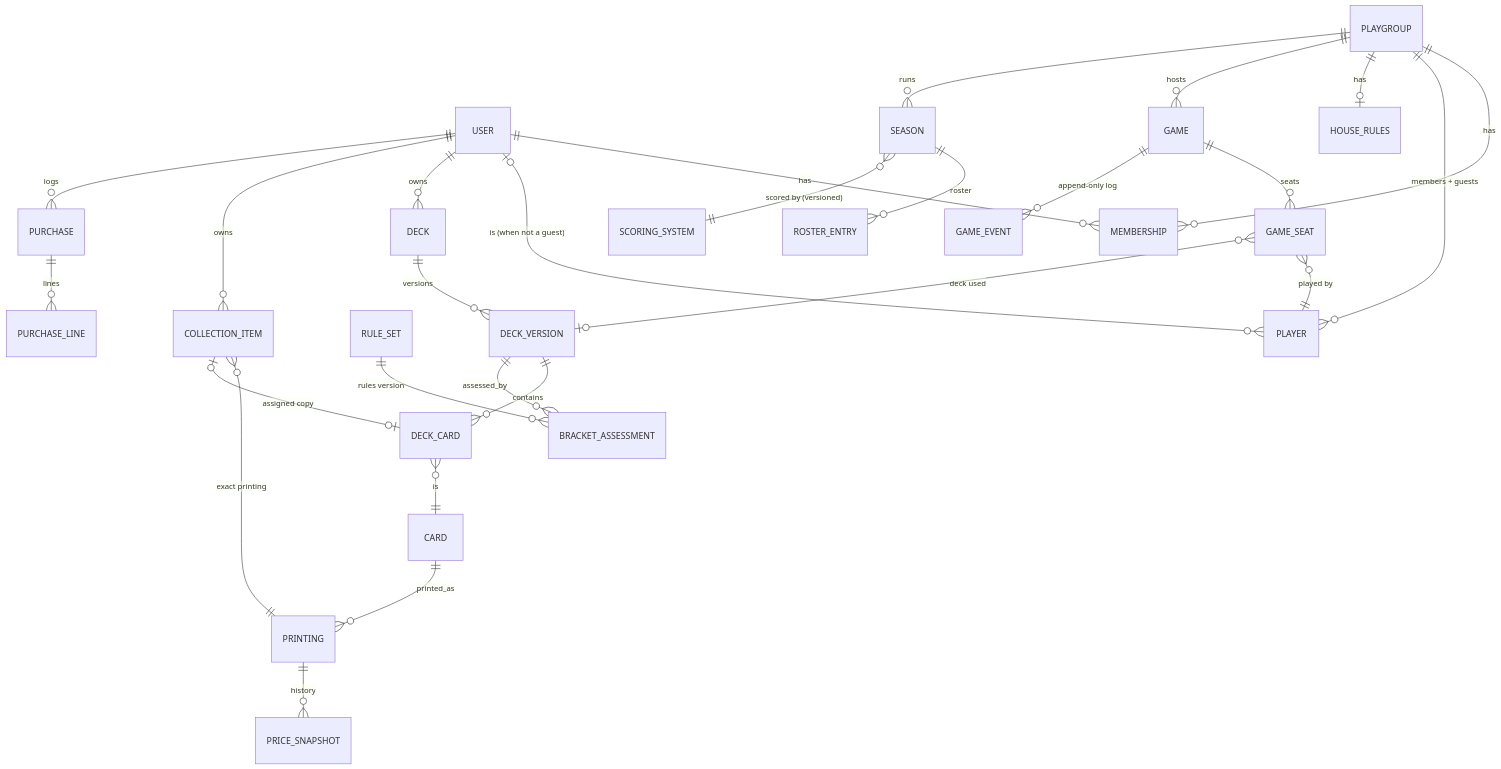
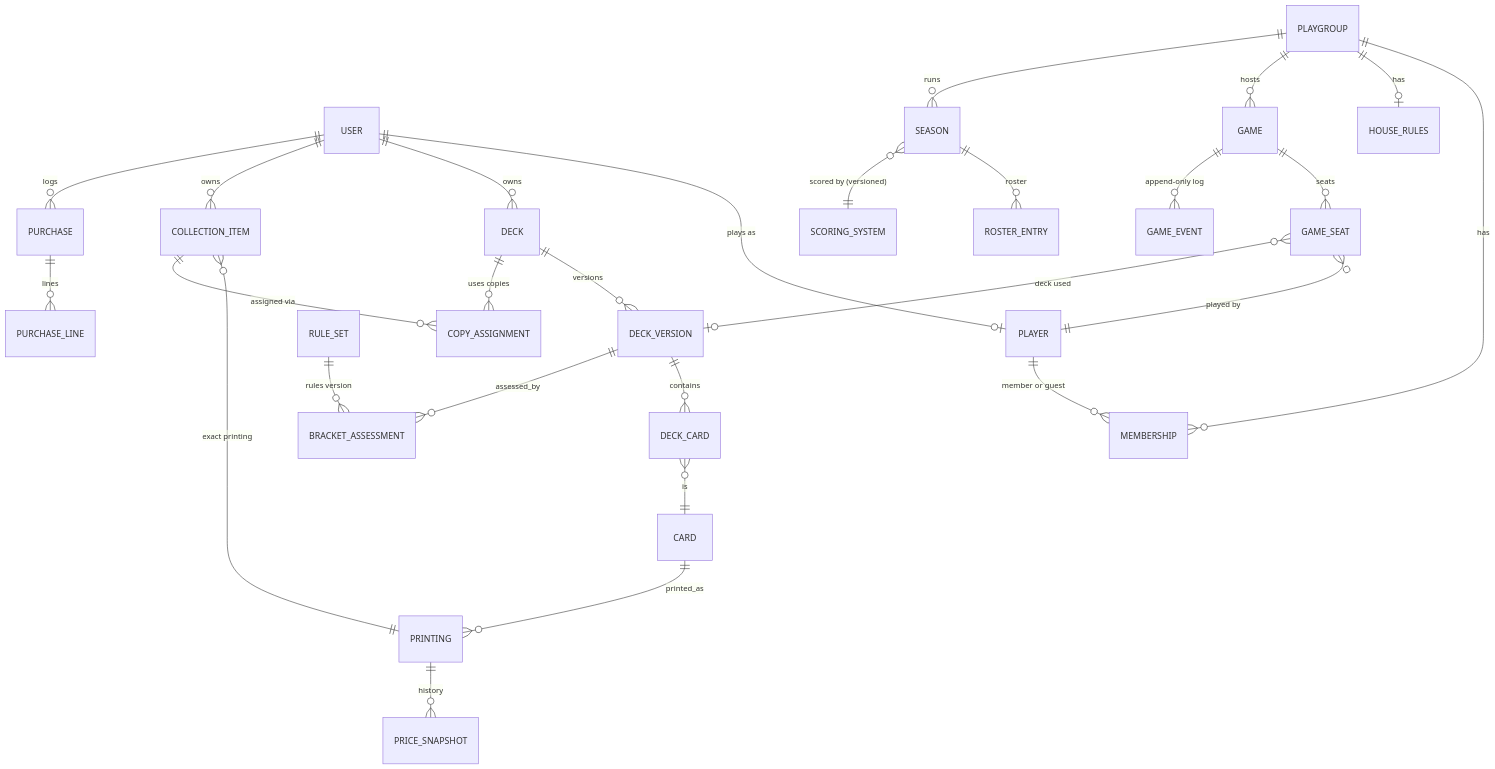
The fifth of 5 diagrams in docs/architecture.md (Rocket-Racoon/mtg-stats), drawn with Mermaid before and after one commit. The commit also changed other lines of this file and 11 other files, not shown here.

````diff
--- a/docs/architecture.md
+++ b/docs/architecture.md
@@ -220,29 +314,29 @@
 ```mermaid
 erDiagram
-  USER ||--o{ MEMBERSHIP : has
+  USER ||--o| PLAYER : "plays as"
+  PLAYER ||--o{ MEMBERSHIP : "member or guest"
   PLAYGROUP ||--o{ MEMBERSHIP : has
-  PLAYGROUP ||--o{ PLAYER : "members + guests"
-  USER |o--o{ PLAYER : "is (when not a guest)"
   PLAYGROUP ||--o| HOUSE_RULES : has
   USER ||--o{ DECK : owns
   DECK ||--o{ DECK_VERSION : versions
   DECK_VERSION ||--o{ DECK_CARD : contains
   CARD ||--o{ PRINTING : printed_as
   DECK_CARD }o--|| CARD : "is"
   DECK_VERSION ||--o{ BRACKET_ASSESSMENT : assessed_by
   RULE_SET ||--o{ BRACKET_ASSESSMENT : "rules version"
   PLAYGROUP ||--o{ GAME : hosts
   GAME ||--o{ GAME_SEAT : seats
   GAME ||--o{ GAME_EVENT : "append-only log"
   GAME_SEAT }o--|| PLAYER : "played by"
   GAME_SEAT }o--o| DECK_VERSION : "deck used"
   USER ||--o{ COLLECTION_ITEM : owns
   COLLECTION_ITEM }o--|| PRINTING : "exact printing"
-  COLLECTION_ITEM |o--o| DECK_CARD : "assigned copy"
+  COLLECTION_ITEM ||--o{ COPY_ASSIGNMENT : "assigned via"
+  DECK ||--o{ COPY_ASSIGNMENT : "uses copies"
   USER ||--o{ PURCHASE : logs
   PURCHASE ||--o{ PURCHASE_LINE : lines
   PRINTING ||--o{ PRICE_SNAPSHOT : history
   PLAYGROUP ||--o{ SEASON : runs
   SEASON ||--o{ ROSTER_ENTRY : roster
   SEASON }o--|| SCORING_SYSTEM : "scored by (versioned)"
 ```
````
